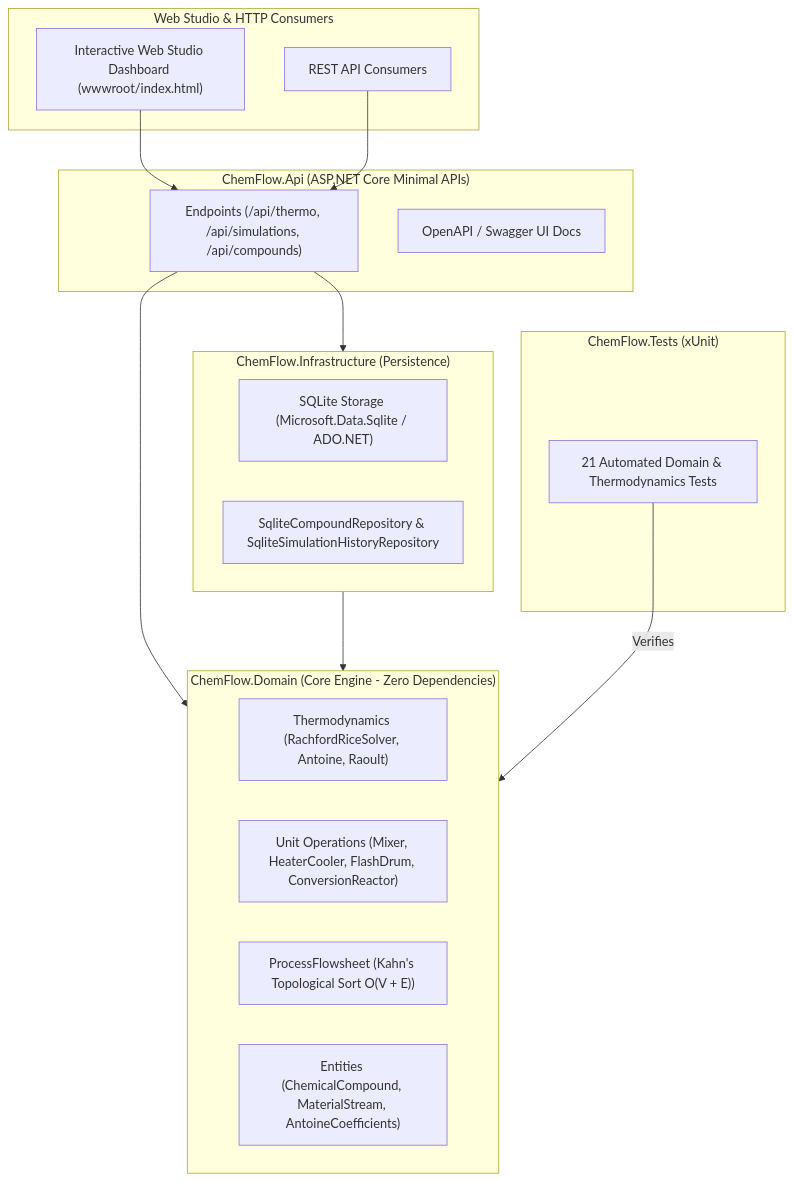
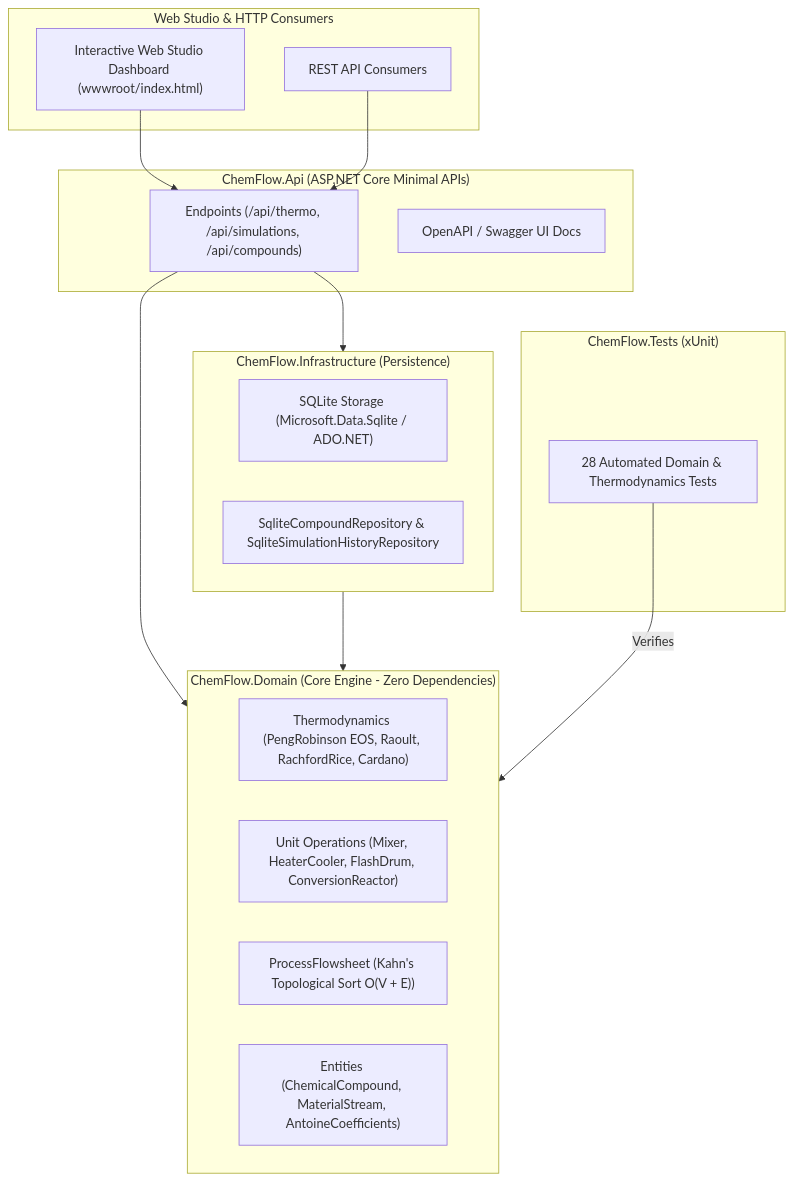
The diagram in README.md (yancsalmeida/ChemFlow.NET), drawn with Mermaid before and after one commit. The commit also changed other lines of this file and 4 other files, not shown here.

Commit message:
feat(thermo): implement Peng-Robinson (1976) Cubic Equation of State with Cardano solver, fugacity coefficients and automated tests

````diff
--- a/README.md
+++ b/README.md
@@ -20,35 +22,35 @@
 ```mermaid
 flowchart TD
     subgraph Client["Web Studio & HTTP Consumers"]
         Browser["Interactive Web Studio Dashboard (wwwroot/index.html)"]
         HTTP["REST API Consumers"]
     end
 
     subgraph API["ChemFlow.Api (ASP.NET Core Minimal APIs)"]
         Endpoints["Endpoints (/api/thermo, /api/simulations, /api/compounds)"]
         Swagger["OpenAPI / Swagger UI Docs"]
     end
 
     subgraph Domain["ChemFlow.Domain (Core Engine - Zero Dependencies)"]
-        Thermo["Thermodynamics (RachfordRiceSolver, Antoine, Raoult)"]
+        Thermo["Thermodynamics (PengRobinson EOS, Raoult, RachfordRice, Cardano)"]
         Units["Unit Operations (Mixer, HeaterCooler, FlashDrum, ConversionReactor)"]
         DAG["ProcessFlowsheet (Kahn's Topological Sort O(V + E))"]
         Entities["Entities (ChemicalCompound, MaterialStream, AntoineCoefficients)"]
     end
 
     subgraph Infra["ChemFlow.Infrastructure (Persistence)"]
         Sqlite["SQLite Storage (Microsoft.Data.Sqlite / ADO.NET)"]
         Repos["SqliteCompoundRepository & SqliteSimulationHistoryRepository"]
     end
 
     subgraph Tests["ChemFlow.Tests (xUnit)"]
-        UnitTests["21 Automated Domain & Thermodynamics Tests"]
+        UnitTests["28 Automated Domain & Thermodynamics Tests"]
     end
 
     Browser --> Endpoints
     HTTP --> Endpoints
     Endpoints --> Domain
     Endpoints --> Infra
     Infra --> Domain
     UnitTests -->|"Verifies"| Domain
 ```
````
